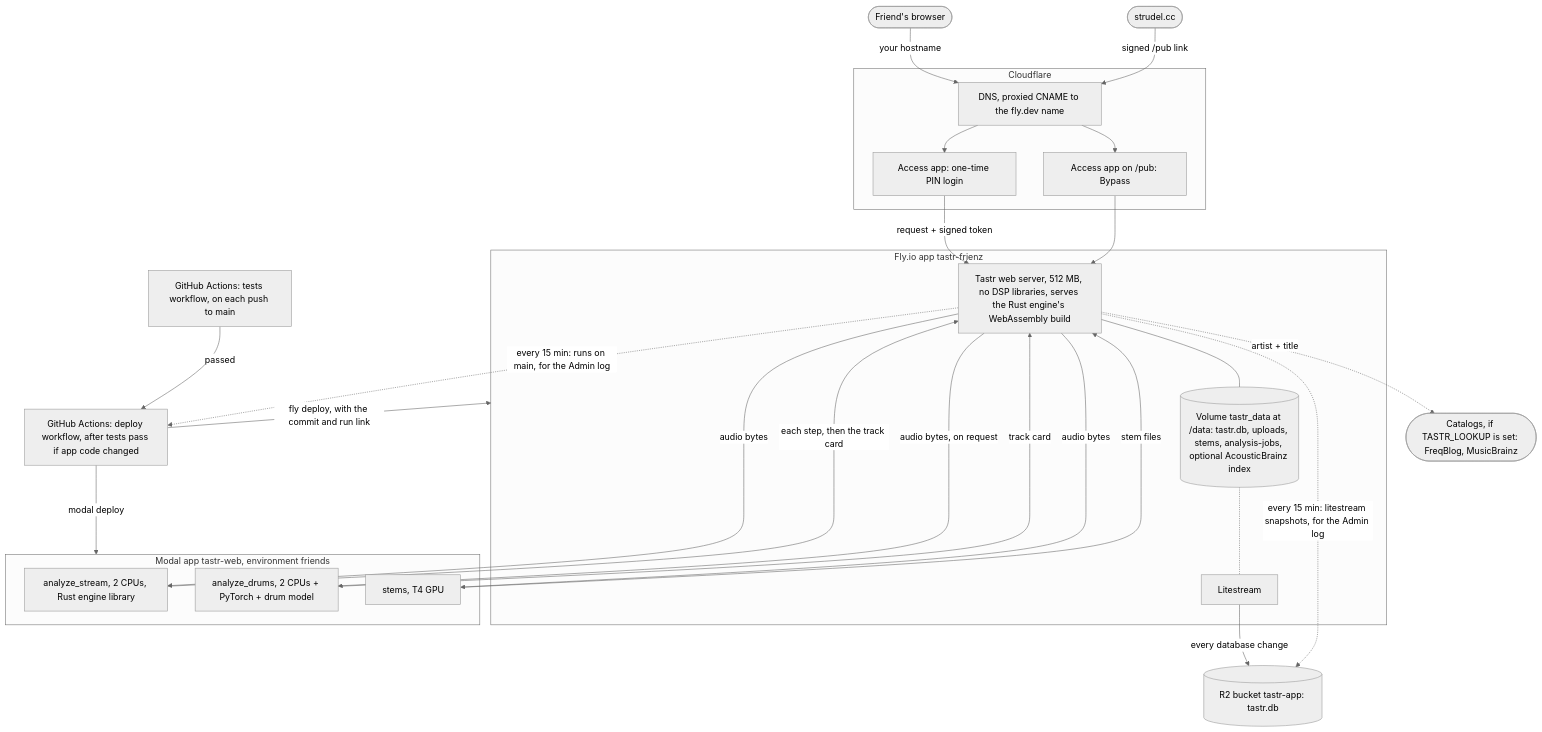
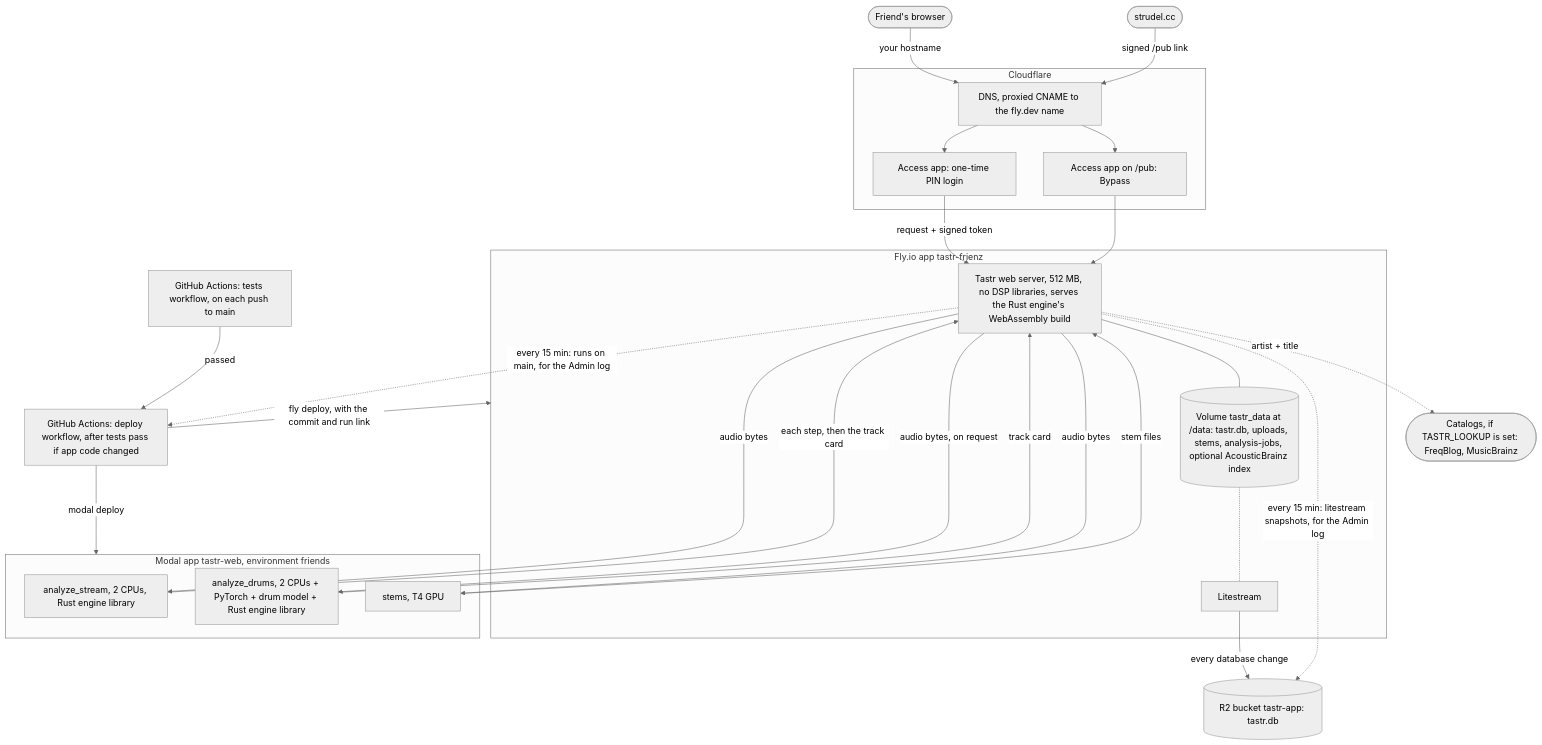
Before and after one commit to pocketIlmatto/tastr: the first of 2 diagrams in docs/hosting-map.md, drawn with Mermaid (neutral theme). The commit also changed other lines of this file and 2 other files, not shown here.

Commit message:
Build the Rust engine into the drum model's Modal image (#79)
Since #74 every card comes from Rust, but analyze_drums' image never got
the library: its build-time warm-up fails with "the Rust engine library
isn't built", which has failed the deploy workflow since then. The drums
image now builds the library like the analysis image, and a test checks
that both do.

Claude-Session: https://claude.ai/code/session_014esQFMmW3BBcjwDpeAjw4Z

````diff
--- a/docs/hosting-map.md
+++ b/docs/hosting-map.md
@@ -25,39 +25,39 @@
 ```mermaid
 flowchart TB
   F([Friend's browser])
   S([strudel.cc])
   subgraph CF[Cloudflare]
     DNS[DNS, proxied CNAME to the fly.dev name]
     ACC[Access app: one-time PIN login]
     BYP[Access app on /pub: Bypass]
   end
   subgraph FLY[Fly.io app tastr-frienz]
     WEB[Tastr web server, 512 MB, no DSP libraries, serves the Rust engine's WebAssembly build]
     VOL[(Volume tastr_data at /data: tastr.db, uploads, stems, analysis-jobs, optional AcousticBrainz index)]
     LS[Litestream]
   end
   subgraph MOD[Modal app tastr-web, environment friends]
     AN[analyze_stream, 2 CPUs, Rust engine library]
-    AD[analyze_drums, 2 CPUs + PyTorch + drum model]
+    AD[analyze_drums, 2 CPUs + PyTorch + drum model + Rust engine library]
     ST[stems, T4 GPU]
   end
   R2[(R2 bucket tastr-app: tastr.db)]
   GHT[GitHub Actions: tests workflow, on each push to main]
   GH[GitHub Actions: deploy workflow, after tests pass if app code changed]
   CAT([Catalogs, if TASTR_LOOKUP is set: FreqBlog, MusicBrainz])
 
   F -->|your hostname| DNS --> ACC -->|request + signed token| WEB
   S -->|signed /pub link| DNS --> BYP --> WEB
   WEB --- VOL
   VOL -.- LS
   LS -->|every database change| R2
   WEB -->|audio bytes| AN -->|each step, then the track card| WEB
   WEB -->|audio bytes, on request| AD -->|track card| WEB
   WEB -->|audio bytes| ST -->|stem files| WEB
   WEB -.->|artist + title| CAT
   GHT -->|passed| GH
   GH -->|modal deploy| MOD
   GH -->|fly deploy, with the commit and run link| FLY
   WEB -.->|every 15 min: runs on main, for the Admin log| GH
   WEB -.->|every 15 min: litestream snapshots, for the Admin log| R2
 ```
````
